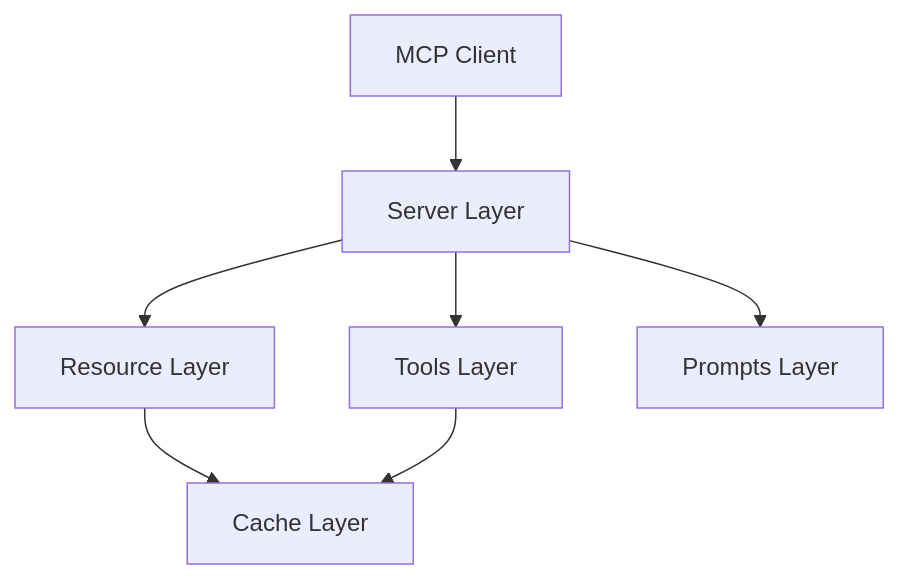
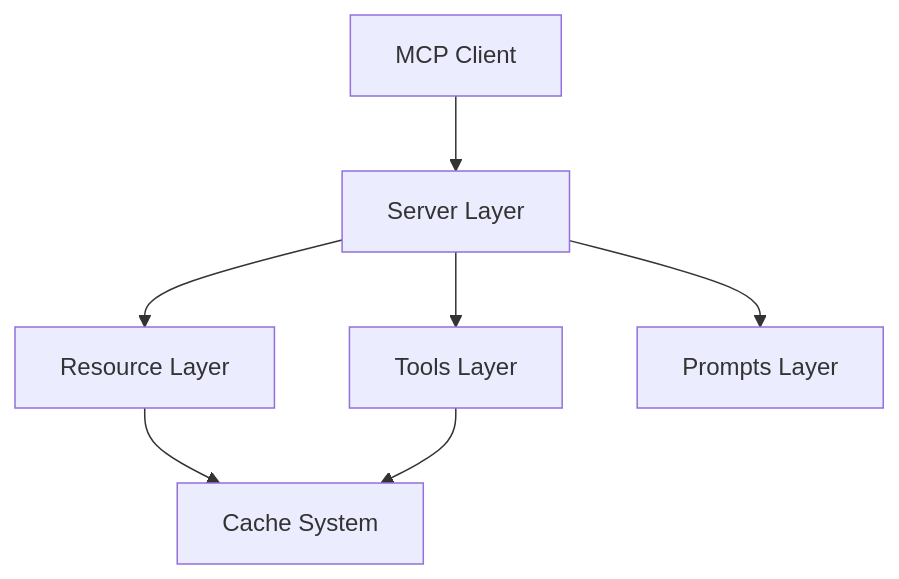
The diagram in README.md (StevenBtw/uv-docs-mcp), drawn with Mermaid before and after one commit. The commit also changed other lines of this file, not shown here.

````diff
--- a/README.md
+++ b/README.md
@@ -24,10 +38,10 @@
 ```mermaid
 flowchart TD
     Client[MCP Client] --> Server[Server Layer]
     Server --> Resources[Resource Layer]
     Server --> Tools[Tools Layer]
     Server --> Prompts[Prompts Layer]
     
-    Resources --> Cache[Cache Layer]
+    Resources --> Cache[Cache System]
     Tools --> Cache
 ```
````
